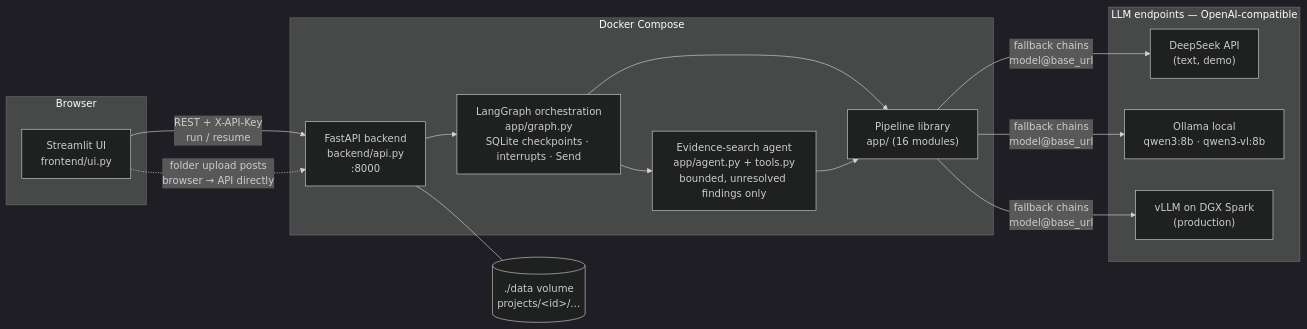
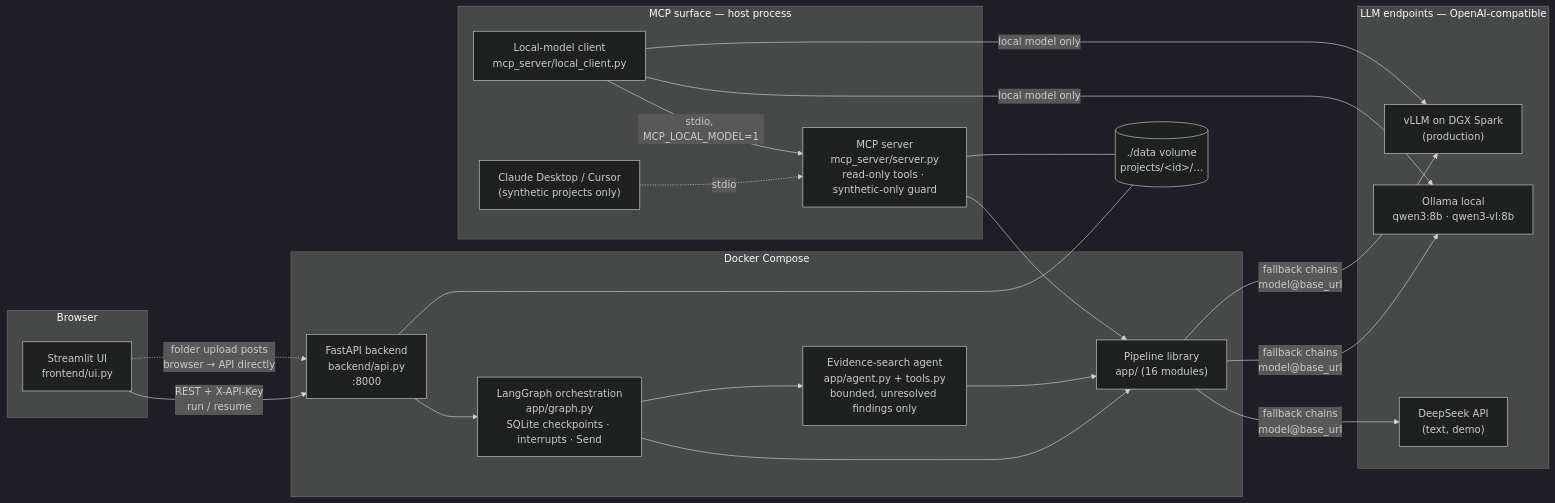
Before and after one commit to tender-eval-ai/tender-evaluation-assistant: the diagram in docs/detailed_specification.md, drawn with Mermaid (dark theme). The commit also changed other lines of this file and 12 other files, not shown here.

````diff
--- a/docs/detailed_specification.md
+++ b/docs/detailed_specification.md
@@ -56,23 +56,33 @@
 ```mermaid
 flowchart LR
     subgraph browser [Browser]
       UI["Streamlit UI<br/>frontend/ui.py"]
     end
     subgraph docker [Docker Compose]
       API["FastAPI backend<br/>backend/api.py<br/>:8000"]
       GRAPH["LangGraph orchestration<br/>app/graph.py<br/>SQLite checkpoints · interrupts · Send"]
       LIB["Pipeline library<br/>app/ (16 modules)"]
       AGENT["Evidence-search agent<br/>app/agent.py + tools.py<br/>bounded, unresolved findings only"]
+    end
+    subgraph mcp [MCP surface — host process]
+      MCPS["MCP server<br/>mcp_server/server.py<br/>read-only tools · synthetic-only guard"]
+      LC["Local-model client<br/>mcp_server/local_client.py"]
+      CD["Claude Desktop / Cursor<br/>(synthetic projects only)"]
     end
     subgraph llm [LLM endpoints — OpenAI-compatible]
       DS["DeepSeek API<br/>(text, demo)"]
       OL["Ollama local<br/>qwen3:8b · qwen3-vl:8b"]
       VL["vLLM on DGX Spark<br/>(production)"]
     end
     UI -- "REST + X-API-Key<br/>run / resume" --> API
     UI -. "folder upload posts<br/>browser → API directly" .-> API
     API --> GRAPH --> LIB
     GRAPH --> AGENT --> LIB
     LIB -- "fallback chains<br/>model@base_url" --> DS & OL & VL
     API --- DATA[("./data volume<br/>projects/&lt;id&gt;/…")]
+    LC -- "stdio, MCP_LOCAL_MODEL=1" --> MCPS
+    CD -. "stdio" .-> MCPS
+    MCPS --> LIB
+    MCPS --- DATA
+    LC -- "local model only" --> OL & VL
 ```
````
